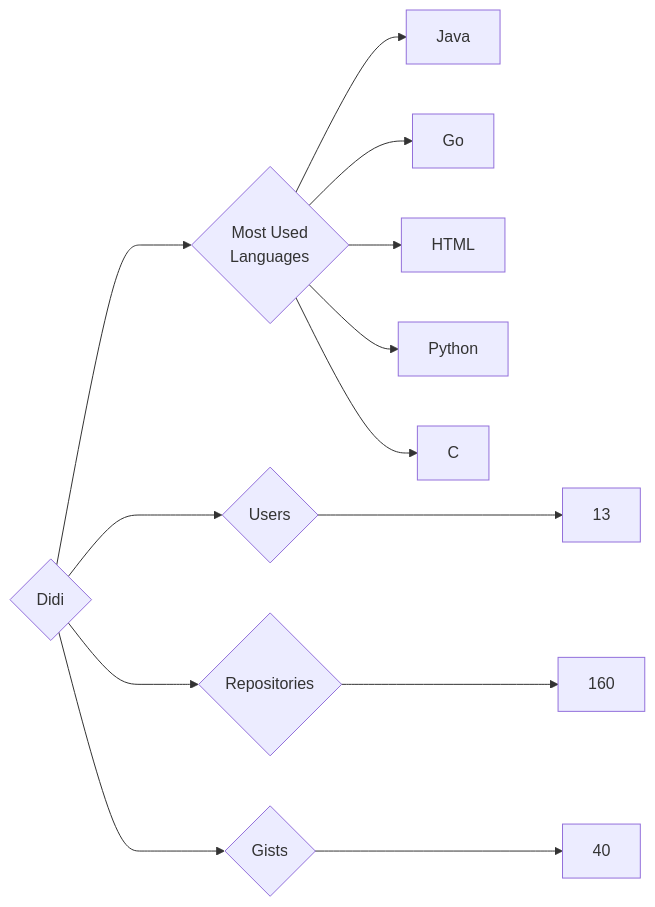
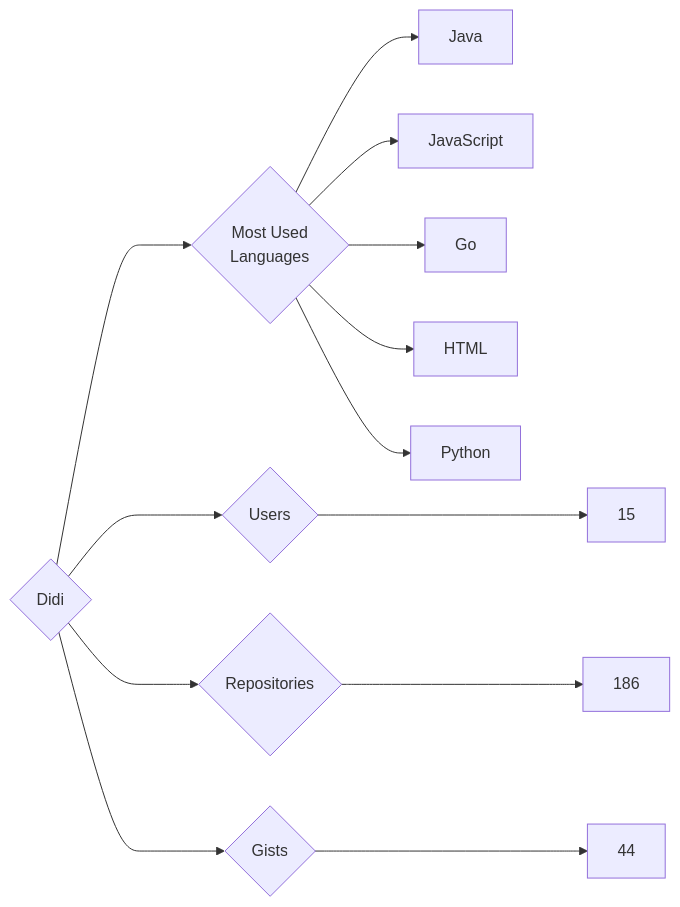
One commit to trickest/insiders changed the diagram in targets/Didi/README.md. Above: the diagram before and after it, drawn with Mermaid. The commit also changed 1314 other files, not shown here.

````diff
--- a/targets/Didi/README.md
+++ b/targets/Didi/README.md
@@ -3,13 +3,13 @@
 ```mermaid
 graph LR
 COMPANY_NAME{Didi}
-COMPANY_NAME ---> U{Users} ---> UN[13]
-COMPANY_NAME ---> R{Repositories} ---> RN[160]
-COMPANY_NAME ---> G{Gists} ---> GN[40]
+COMPANY_NAME ---> U{Users} ---> UN[15]
+COMPANY_NAME ---> R{Repositories} ---> RN[186]
+COMPANY_NAME ---> G{Gists} ---> GN[44]
 COMPANY_NAME ---> ML{Most Used<br>Languages}
 ML --> Java[Java]
+ML --> JavaScript[JavaScript]
 ML --> Go[Go]
 ML --> HTML[HTML]
 ML --> Python[Python]
-ML --> C[C]
 ```
````
